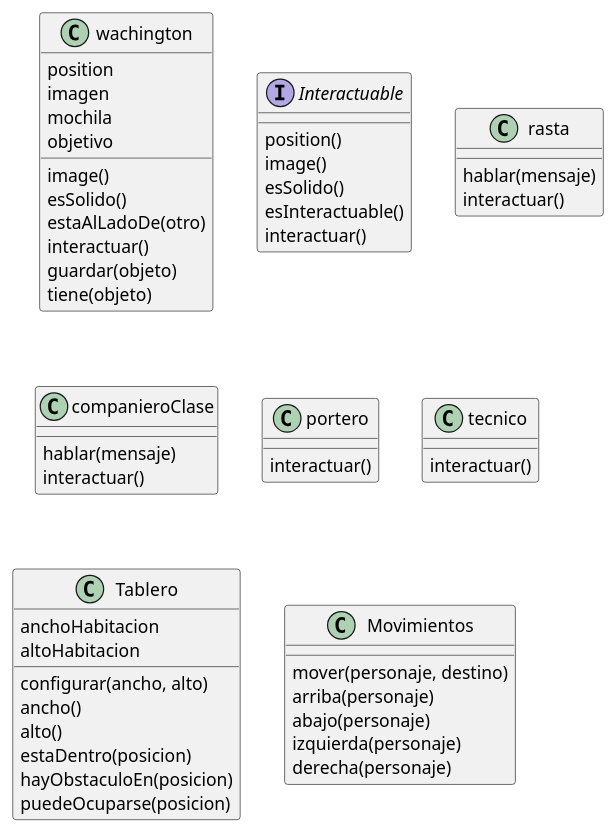
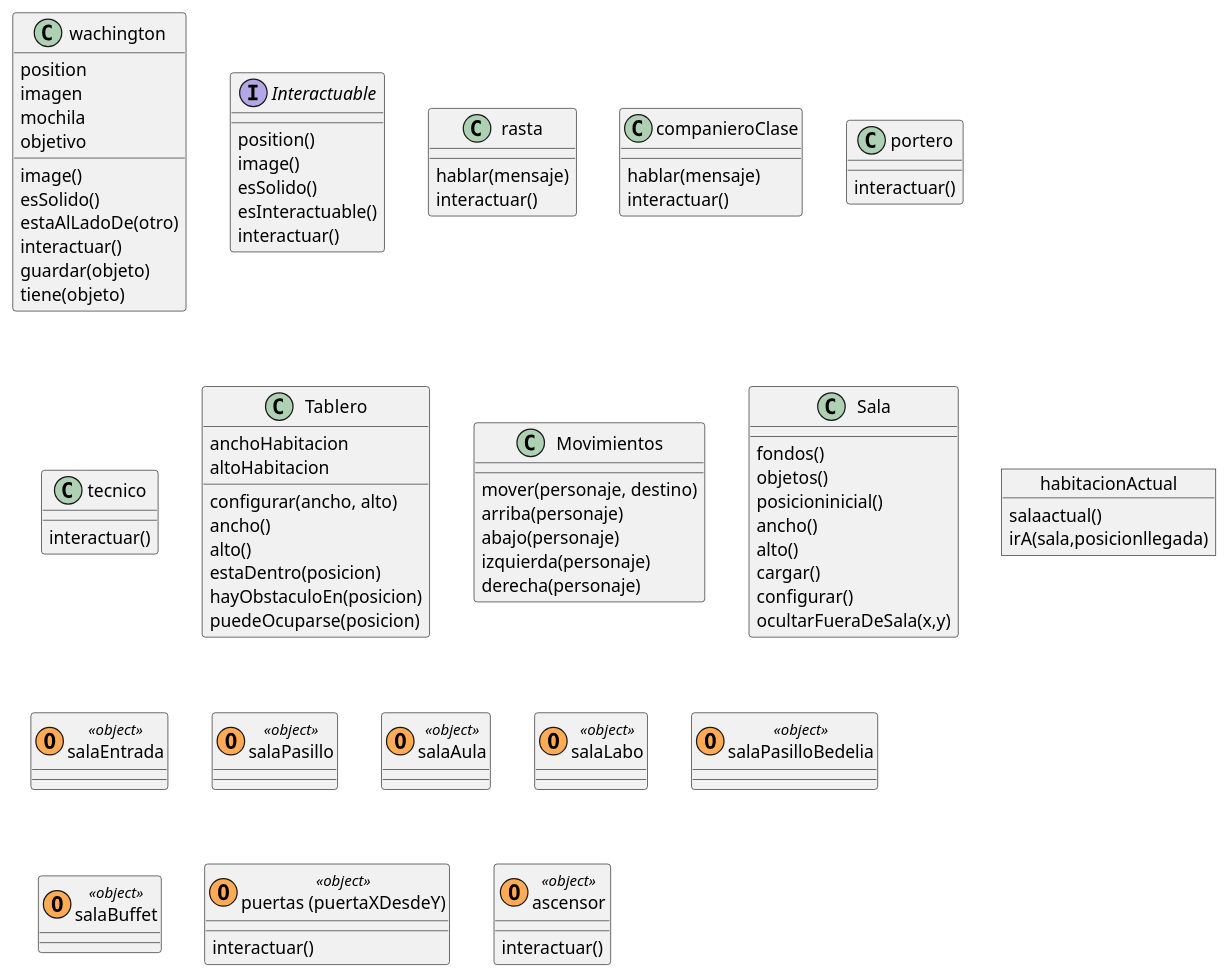
Before and after one commit to pdep-mit/tp-wg-2026-poder-Los_pollos_hermanos: the diagram in Diagrama/diagrama.puml, drawn with PlantUML.

Commit message:
diagrama - clase sala

```diff
--- a/Diagrama/diagrama.puml
+++ b/Diagrama/diagrama.puml
@@ -1,62 +1,97 @@
 @startuml Juego
 
 ' Personajes ' 
   class wachington  {
     position
     imagen
     mochila
     objetivo
     image()
     esSolido()
     estaAlLadoDe(otro)
     interactuar()
     guardar(objeto)
     tiene(objeto)
   }
 
   interface Interactuable {
     position()
     image()
     esSolido()
     esInteractuable()
     interactuar()
   }
 
   class rasta  {
     hablar(mensaje)
     interactuar()
   }
   class companieroClase {
     hablar(mensaje)
     interactuar()
   }
   class portero {
     interactuar()
   }
   class tecnico  {
     interactuar()
   }
 
 
 ' Tablero y Movimientos ' 
 class Tablero {
   anchoHabitacion
     altoHabitacion
     configurar(ancho, alto)
     ancho()
     alto()
     estaDentro(posicion)
     hayObstaculoEn(posicion)
     puedeOcuparse(posicion)
   }
 class Movimientos {
   mover(personaje, destino)
     arriba(personaje)
     abajo(personaje)
     izquierda(personaje)
     derecha(personaje)
 }
 
+class Sala {
+  fondos()
+  objetos()
+  posicioninicial()
+  ancho()
+  alto()
+  cargar()
+  configurar()
+  ocultarFueraDeSala(x,y)
+}
+
+Object habitacionActual {
+  salaactual()
+  irA(sala,posicionllegada)
+}
+
+' El #FFAA55 le da el color naranja en el diagrama, es solo un detalle ' 
+' El O para referenciar que es un objeto (explicar en la presentacion)
+  class salaEntrada <<(O,#FFAA55) object>> 
+  class salaPasillo <<(O,#FFAA55) object>>
+  class salaAula <<(O,#FFAA55) object>>
+  class salaLabo <<(O,#FFAA55) object>>
+  class salaPasilloBedelia <<(O,#FFAA55) object>>
+  class salaBuffet <<(O,#FFAA55) object>>
+
+'lo pongo asi para diferenciar de las decorativas ' 
+class "puertas (puertaXDesdeY)" as puertas <<(O,#FFAA55) object>> {
+    interactuar()
+  }
+class ascensor <<(O,#FFAA55) object>> {
+    interactuar()
+  }
+
+
+
 
 
 @enduml
```
